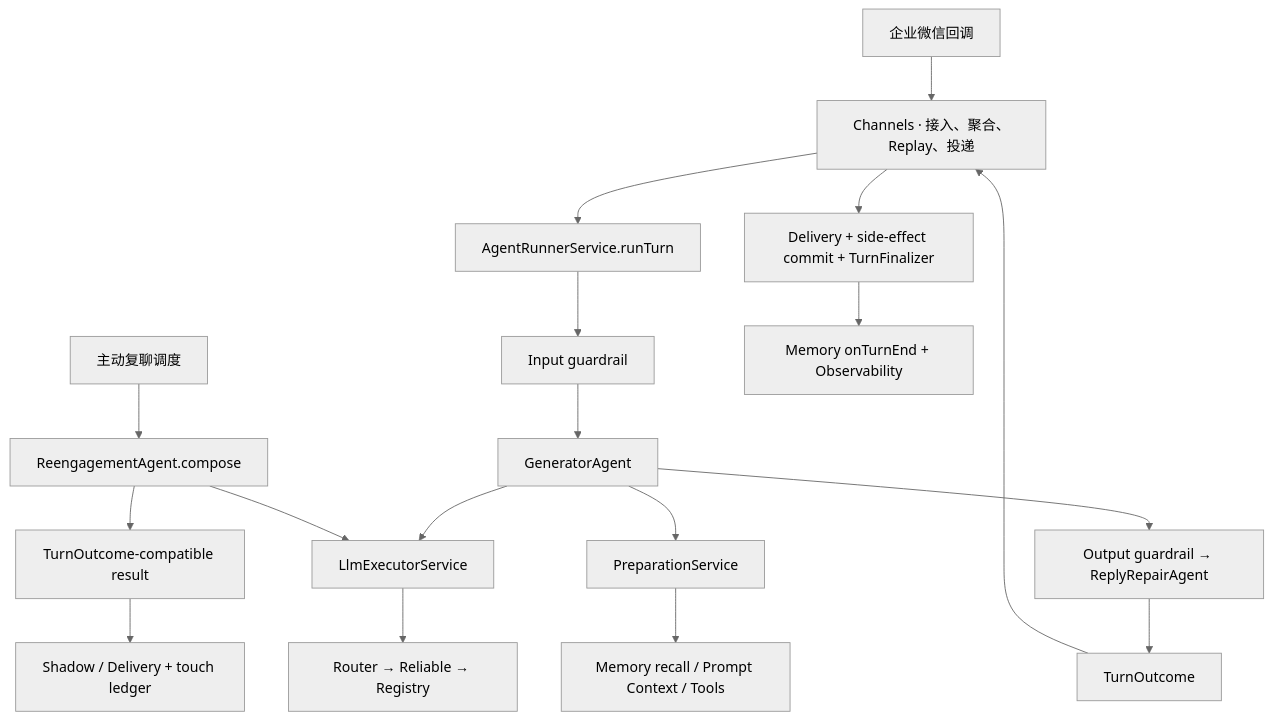
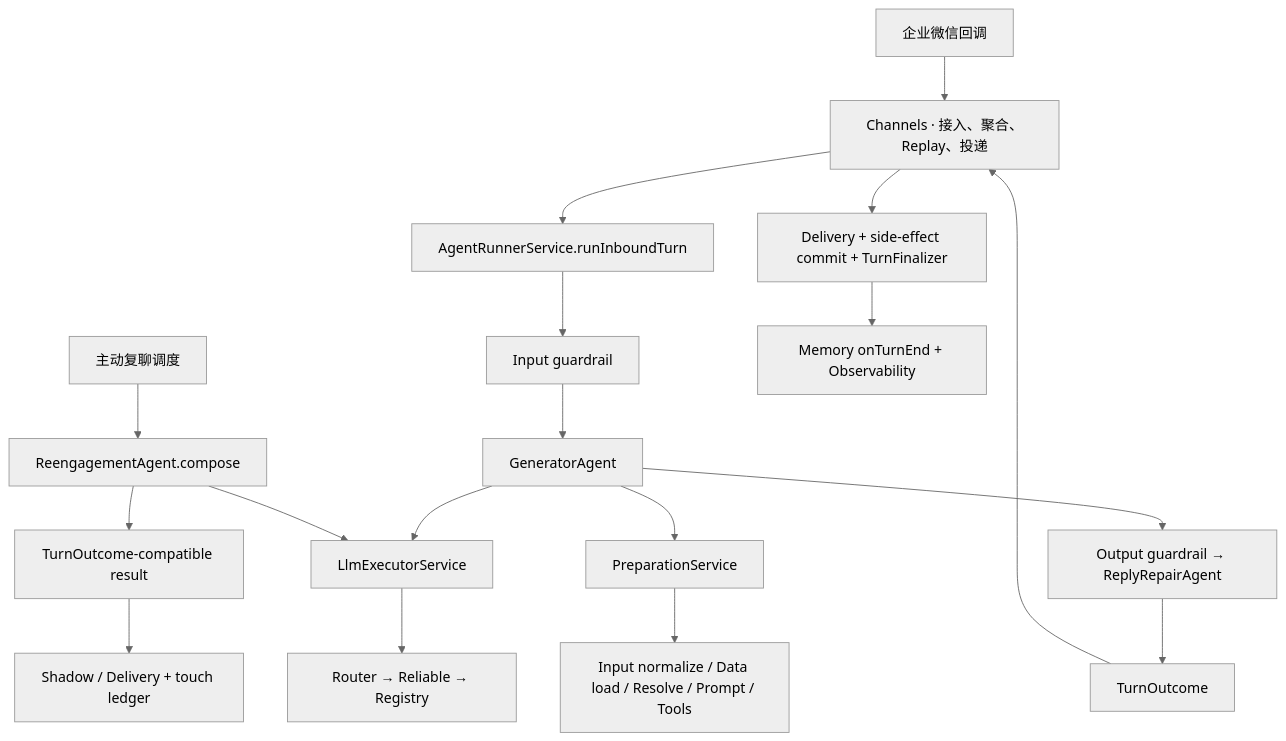
One commit to huajune/cake-agent-runtime changed the diagram in docs/architecture/agent-runtime-architecture.md. Above: the diagram before and after it, drawn with Mermaid (neutral theme). The commit also changed other lines of this file and 112 other files, not shown here.

````diff
--- a/docs/architecture/agent-runtime-architecture.md
+++ b/docs/architecture/agent-runtime-architecture.md
@@ -23,20 +23,20 @@
 ```mermaid
 flowchart TD
     A["企业微信回调"] --> B["Channels · 接入、聚合、Replay、投递"]
     A2["主动复聊调度"] --> R["ReengagementAgent.compose"]
     B --> C
-    C["AgentRunnerService.runTurn"] --> D["Input guardrail"]
+    C["AgentRunnerService.runInboundTurn"] --> D["Input guardrail"]
     D --> E["GeneratorAgent"]
     E --> F["PreparationService"]
-    F --> G["Memory recall / Prompt Context / Tools"]
+    F --> G["Input normalize / Data load / Resolve / Prompt / Tools"]
     E --> H["LlmExecutorService"]
     R --> H
     H --> I["Router → Reliable → Registry"]
     E --> J["Output guardrail → ReplyRepairAgent"]
     J --> K["TurnOutcome"]
     K --> B
     B --> L["Delivery + side-effect commit + TurnFinalizer"]
     L --> M["Memory onTurnEnd + Observability"]
     R --> K2["TurnOutcome-compatible result"]
     K2 --> R2["Shadow / Delivery + touch ledger"]
 ```
````
